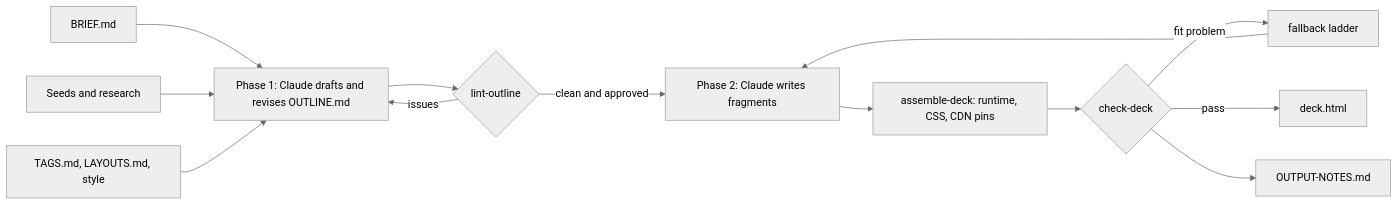
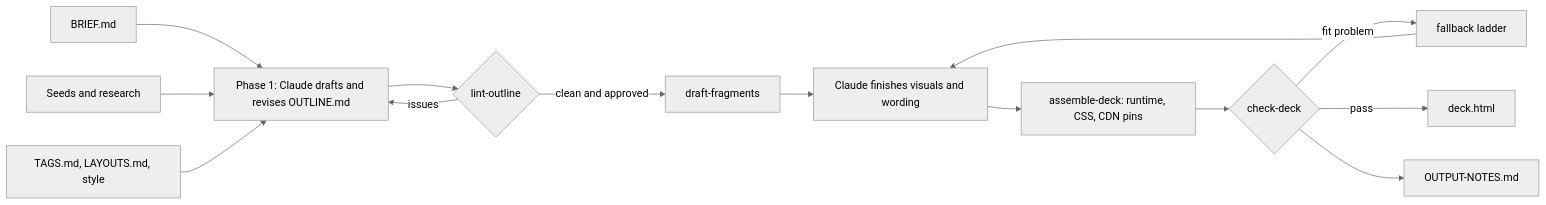
The diagram in docs/REFERENCE.md (terrytompkins/outline-to-deck), drawn with Mermaid (neutral theme) before and after one commit. The commit also changed other lines of this file and 20 other files, not shown here.

First line of the commit message:
Fragment drafter, verified WCAG figure, linter placeholder count fix

````diff
--- a/docs/REFERENCE.md
+++ b/docs/REFERENCE.md
@@ -17,14 +17,15 @@
 ```mermaid
 flowchart LR
   B[BRIEF.md] --> P1[Phase 1: Claude drafts and revises OUTLINE.md]
   S[Seeds and research] --> P1
   T[TAGS.md, LAYOUTS.md, style] --> P1
   P1 --> L{lint-outline}
   L -->|issues| P1
-  L -->|clean and approved| P2[Phase 2: Claude writes fragments]
+  L -->|clean and approved| DF[draft-fragments]
+  DF --> P2[Claude finishes visuals and wording]
   P2 --> A[assemble-deck: runtime, CSS, CDN pins]
   A --> C{check-deck}
   C -->|fit problem| F[fallback ladder] --> P2
   C -->|pass| D[deck.html]
   C --> N[OUTPUT-NOTES.md]
 ```
````
